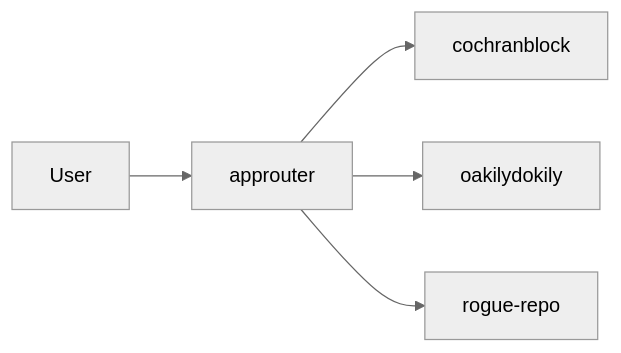
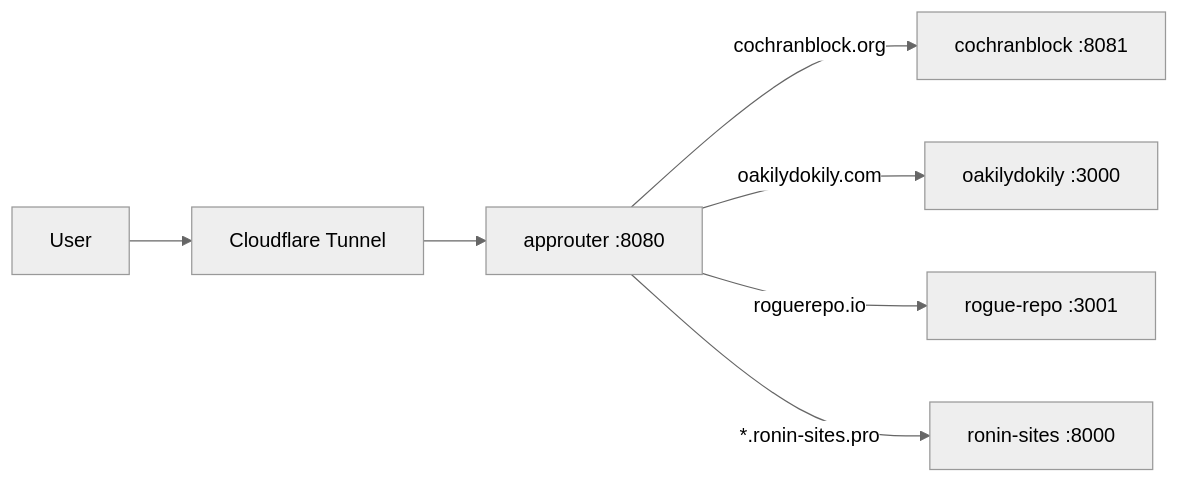
Before and after one commit to cochranblock/approuter: the diagram in README.md, drawn with Mermaid (neutral theme). The commit also changed other lines of this file and 10 other files, not shown here.

````diff
--- a/README.md
+++ b/README.md
@@ -30,7 +30,9 @@
 ```mermaid
 flowchart LR
-    User[User] --> Approuter[approuter]
-    Approuter --> Cochranblock[cochranblock]
-    Approuter --> Oakilydokily[oakilydokily]
-    Approuter --> RogueRepo[rogue-repo]
+    User[User] --> CF[Cloudflare Tunnel]
+    CF --> AR[approuter :8080]
+    AR -->|cochranblock.org| CB[cochranblock :8081]
+    AR -->|oakilydokily.com| OD[oakilydokily :3000]
+    AR -->|roguerepo.io| RR[rogue-repo :3001]
+    AR -->|*.ronin-sites.pro| RS[ronin-sites :8000]
 ```
````
